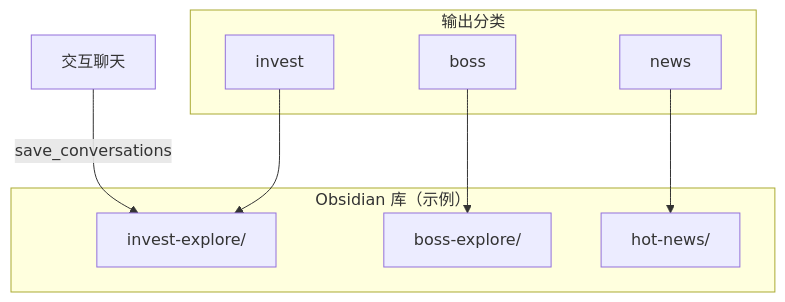
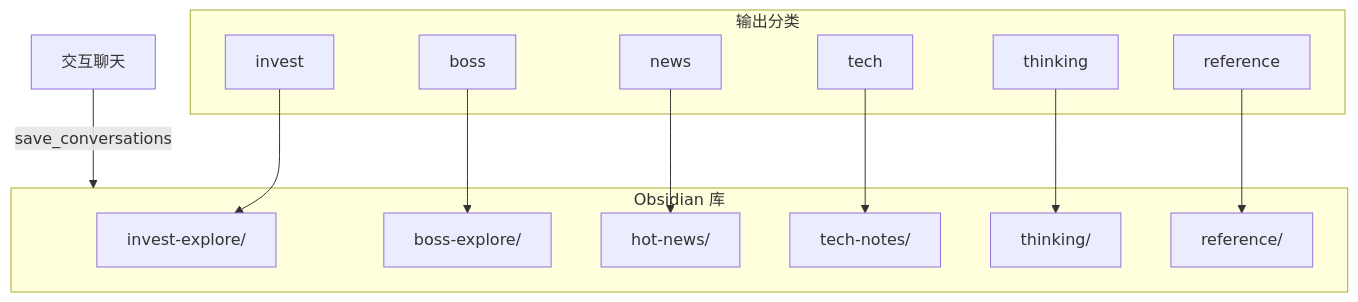
Diagram 31 of 39 in docs/architecture.md (Zelexshow/auto-crab), drawn with Mermaid before and after one commit. The commit also changed other lines of this file and 5 other files, not shown here.

````diff
--- a/docs/architecture.md
+++ b/docs/architecture.md
@@ -1365,20 +1369,29 @@
 ```mermaid
 flowchart TB
     subgraph Out["输出分类"]
         I["invest"]
         B["boss"]
         N["news"]
+        T["tech"]
+        TH["thinking"]
+        R["reference"]
     end
 
-    subgraph Vault["Obsidian 库（示例）"]
+    subgraph Vault["Obsidian 库"]
         P1["invest-explore/"]
         P2["boss-explore/"]
         P3["hot-news/"]
+        P4["tech-notes/"]
+        P5["thinking/"]
+        P6["reference/"]
     end
 
     I --> P1
     B --> P2
     N --> P3
+    T --> P4
+    TH --> P5
+    R --> P6
 
-    CHAT["交互聊天"] -->|"save_conversations"| P1
+    CHAT["交互聊天"] -->|"save_conversations"| Vault
 ```
````
